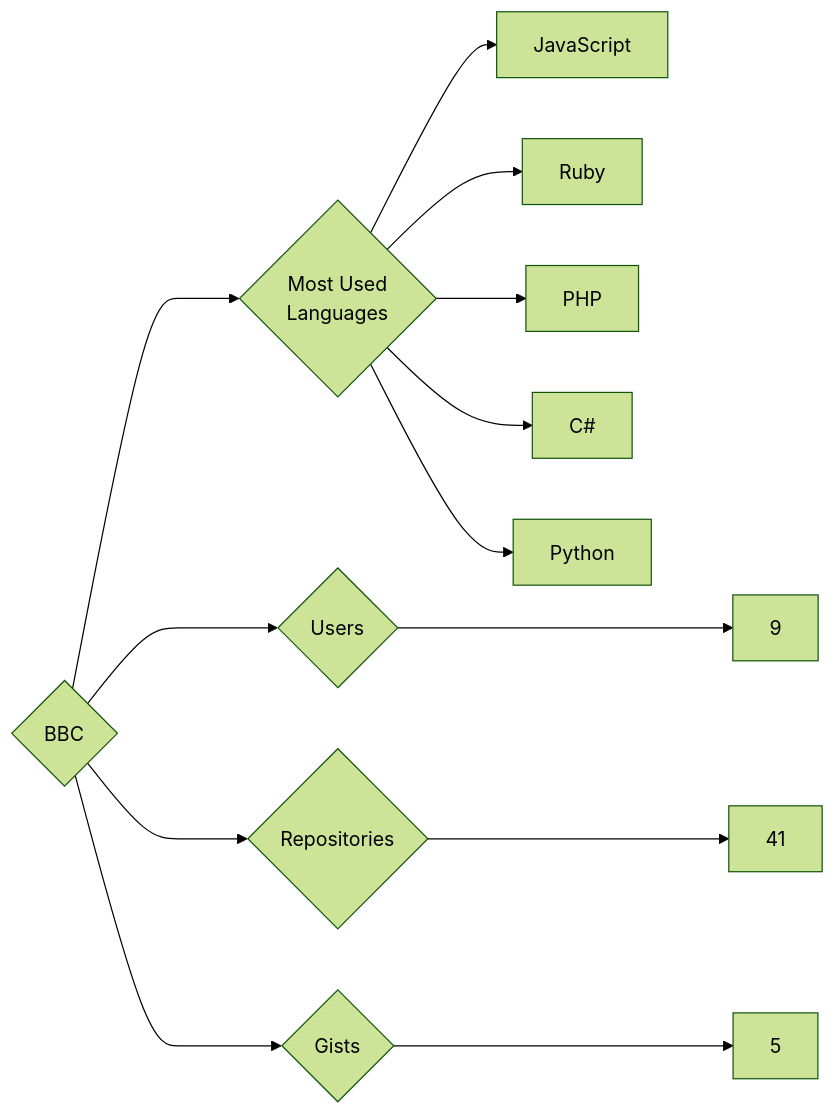
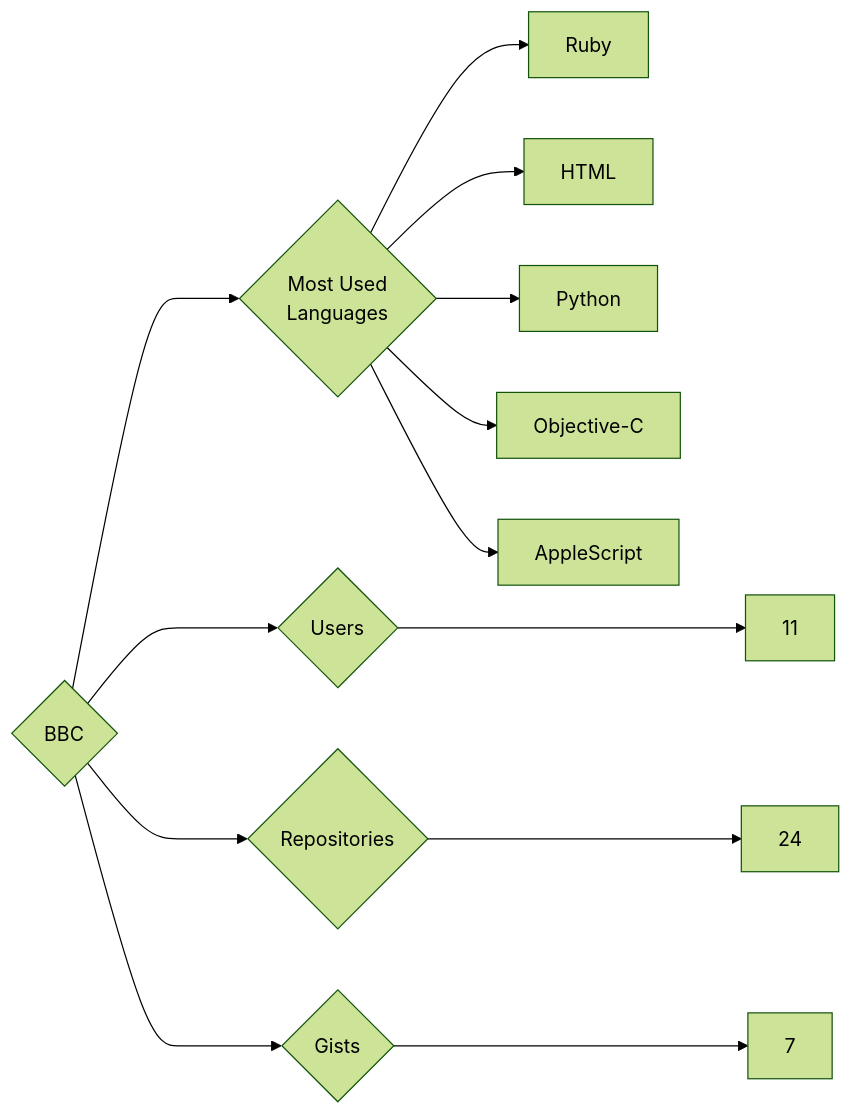
One commit to trickest/insiders changed the diagram in targets/BBC/README.md. Above: the diagram before and after it, drawn with Mermaid (forest theme). The commit also changed 1141 other files, not shown here.

````diff
--- a/targets/BBC/README.md
+++ b/targets/BBC/README.md
@@ -3,13 +3,13 @@
 ```mermaid
 graph LR
 COMPANY_NAME{BBC}
-COMPANY_NAME ---> U{Users} ---> UN[9]
-COMPANY_NAME ---> R{Repositories} ---> RN[41]
-COMPANY_NAME ---> G{Gists} ---> GN[5]
+COMPANY_NAME ---> U{Users} ---> UN[11]
+COMPANY_NAME ---> R{Repositories} ---> RN[24]
+COMPANY_NAME ---> G{Gists} ---> GN[7]
 COMPANY_NAME ---> ML{Most Used<br>Languages}
-ML --> JavaScript[JavaScript]
 ML --> Ruby[Ruby]
-ML --> PHP[PHP]
-ML --> C#[C#]
+ML --> HTML[HTML]
 ML --> Python[Python]
+ML --> Objective-C[Objective-C]
+ML --> AppleScript[AppleScript]
 ```
````
